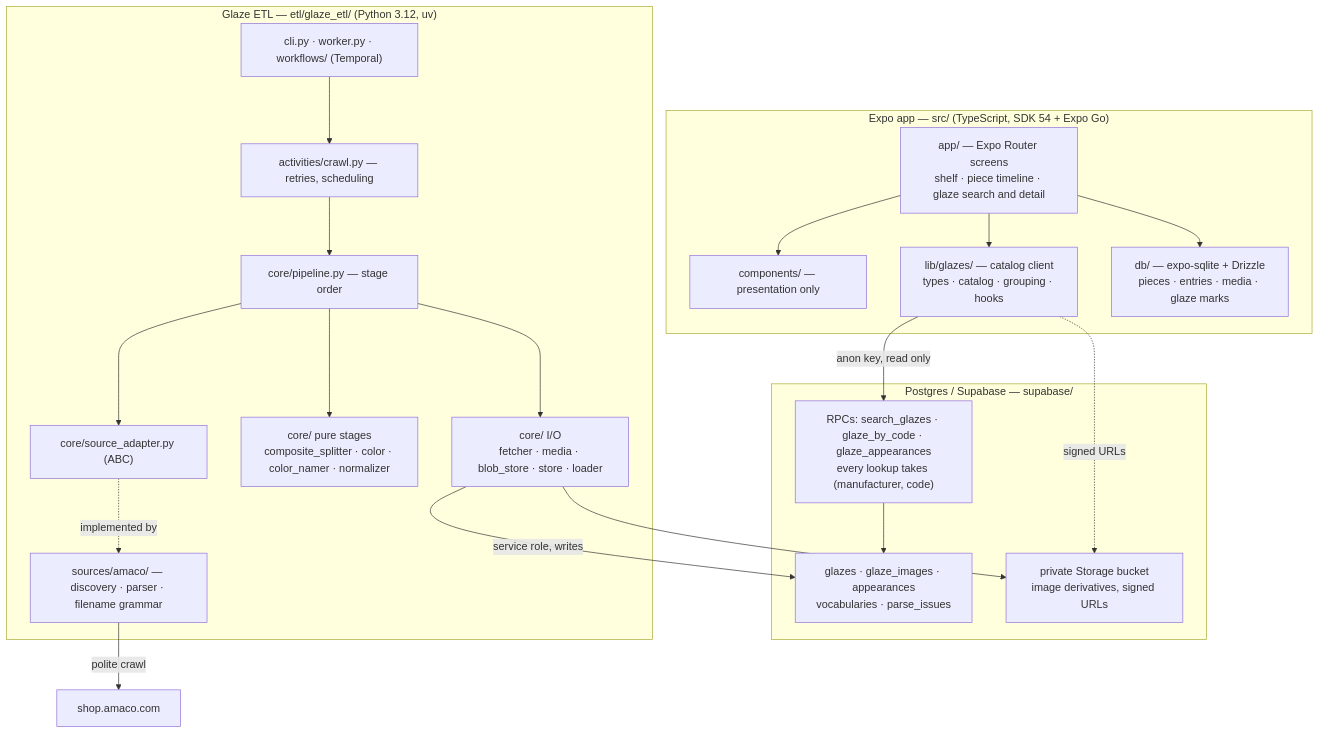
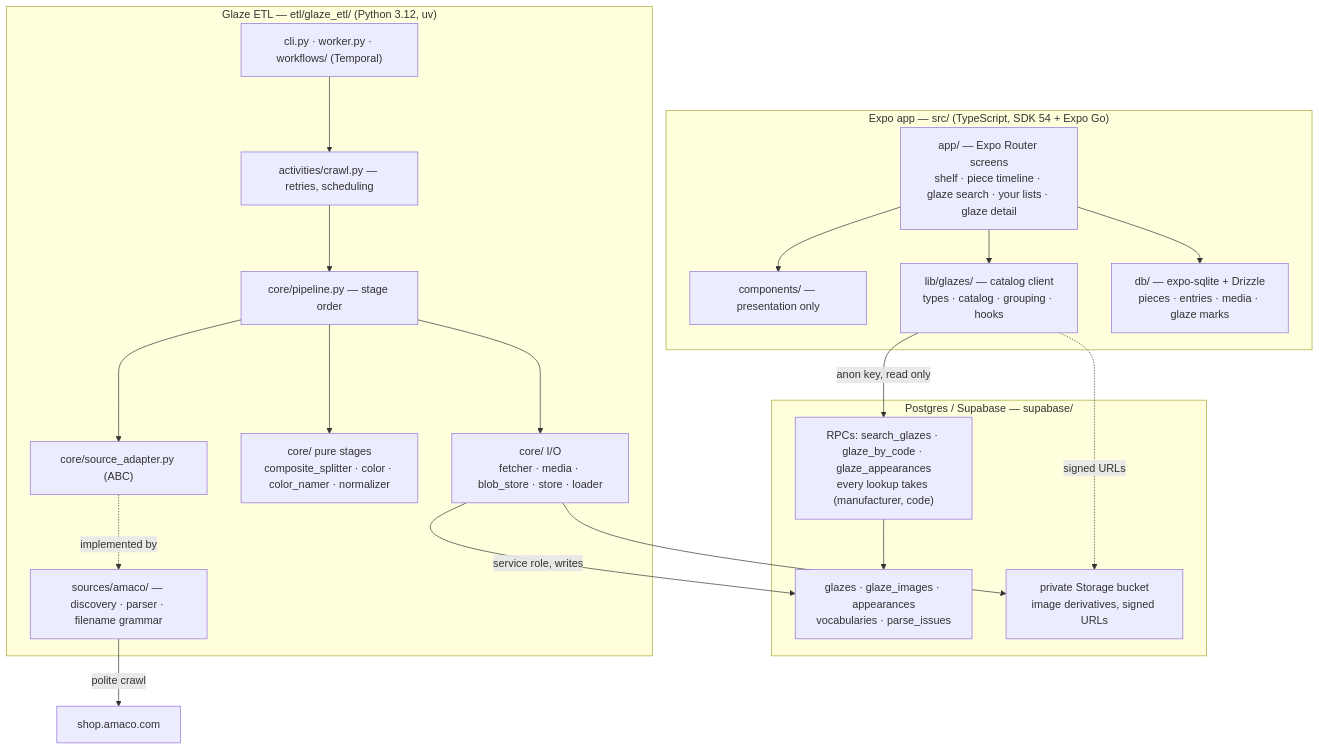
The diagram in docs/ARCHITECTURE.md (nickscip/mudbud), drawn with Mermaid before and after one commit. The commit also changed 2 other files, not shown here.

Commit message:
docs: bring README, ARCHITECTURE and ROADMAP in line with the fixes
The lists screen was missing from both the README's screen list and the
ARCHITECTURE screens node. C4's ROADMAP entry claimed setGlazeMarkNote
enforces owned-only, which the note-loss fix deliberately changed, and said
v0 where the file numbers rebuilds by target version. G12 now records the
repo.ts test gap that let the note-losing guard through.

````diff
--- a/docs/ARCHITECTURE.md
+++ b/docs/ARCHITECTURE.md
@@ -7,40 +7,40 @@
 ```mermaid
 graph TD
   subgraph app["Expo app — src/ (TypeScript, SDK 54 + Expo Go)"]
-    screens["app/ — Expo Router screens<br/>shelf · piece timeline · glaze search and detail"]
+    screens["app/ — Expo Router screens<br/>shelf · piece timeline · glaze search · your lists · glaze detail"]
     components["components/ — presentation only"]
     glazes["lib/glazes/ — catalog client<br/>types · catalog · grouping · hooks"]
     localdb["db/ — expo-sqlite + Drizzle<br/>pieces · entries · media · glaze marks"]
     screens --> components
     screens --> glazes
     screens --> localdb
   end
 
   subgraph pg["Postgres / Supabase — supabase/"]
     rpc["RPCs: search_glazes · glaze_by_code · glaze_appearances<br/>every lookup takes (manufacturer, code)"]
     tables["glazes · glaze_images · appearances<br/>vocabularies · parse_issues"]
     bucket["private Storage bucket<br/>image derivatives, signed URLs"]
     rpc --> tables
   end
 
   subgraph etl["Glaze ETL — etl/glaze_etl/ (Python 3.12, uv)"]
     entry["cli.py · worker.py · workflows/ (Temporal)"]
     activities["activities/crawl.py — retries, scheduling"]
     pipeline["core/pipeline.py — stage order"]
     adapter["core/source_adapter.py (ABC)"]
     amaco["sources/amaco/ — discovery · parser · filename grammar"]
     pure["core/ pure stages<br/>composite_splitter · color · color_namer · normalizer"]
     io["core/ I/O<br/>fetcher · media · blob_store · store · loader"]
     entry --> activities --> pipeline
     pipeline --> adapter
     adapter -. implemented by .-> amaco
     pipeline --> pure
     pipeline --> io
   end
 
   glazes -->|"anon key, read only"| rpc
   io -->|"service role, writes"| tables
   io --> bucket
   glazes -.->|"signed URLs"| bucket
   amaco -->|"polite crawl"| amacoweb["shop.amaco.com"]
 ```
````
